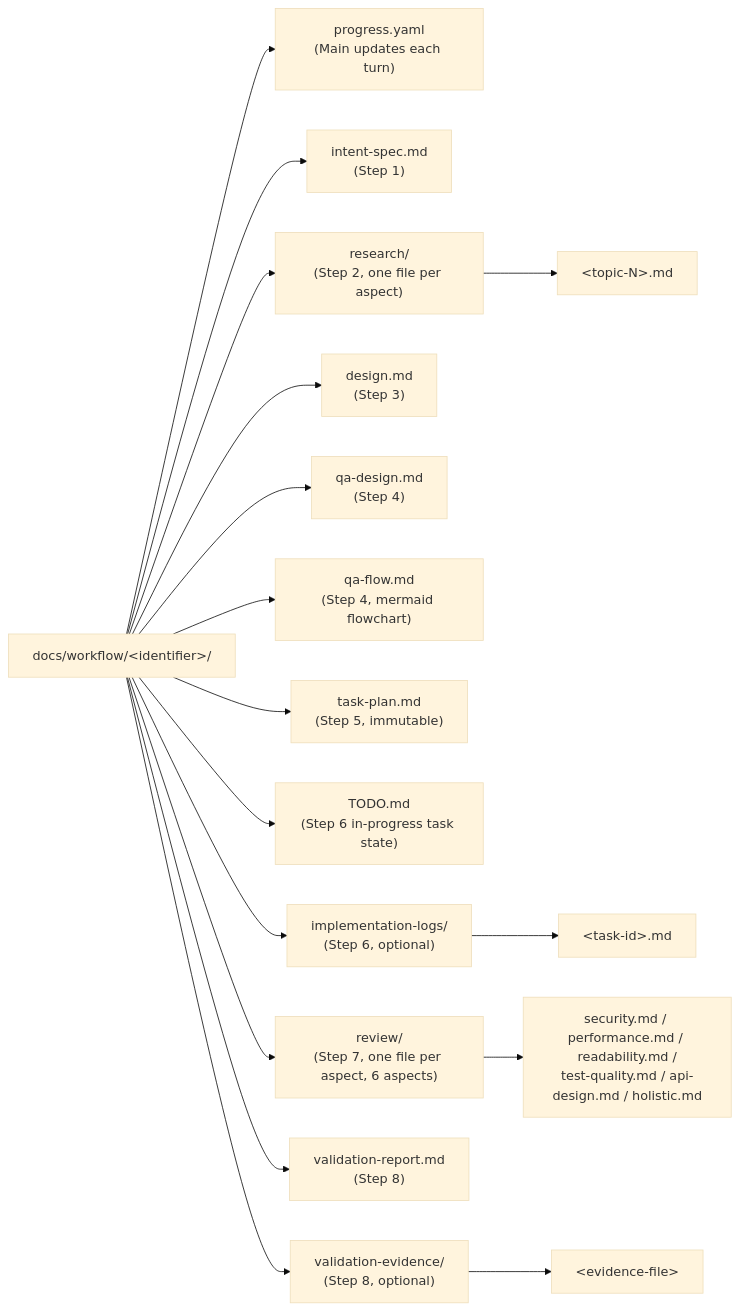
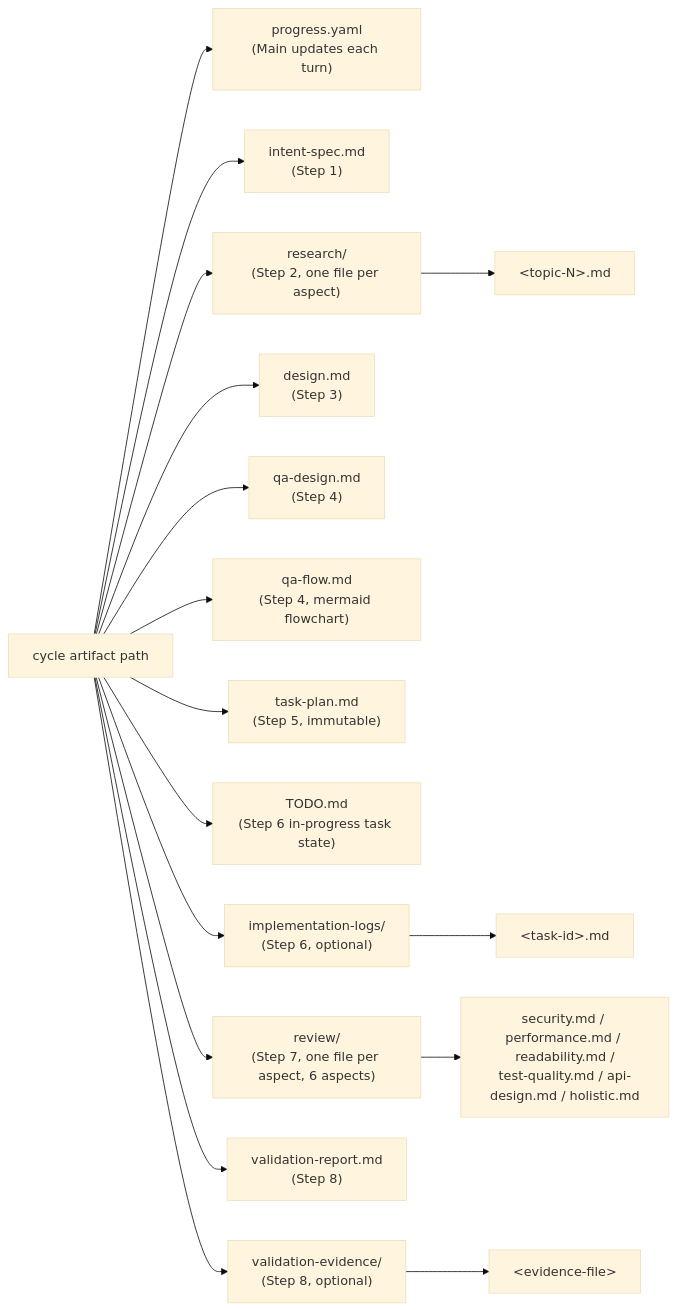
Before and after one commit to totto2727-org/monorepo: the first of 2 diagrams in plugins/totto2727-dev-flow/skills/share-artifacts/SKILL.md, drawn with Mermaid (base theme). The commit also changed other lines of this file and 3 other files, not shown here.

Commit message:
docs(dev-flow): remove retired workflow framing

````diff
--- a/plugins/totto2727-dev-flow/skills/share-artifacts/SKILL.md
+++ b/plugins/totto2727-dev-flow/skills/share-artifacts/SKILL.md
@@ -116,33 +116,33 @@
 ```mermaid
 graph LR
-    Root["docs/workflow/&lt;identifier&gt;/"]
+    Root["cycle artifact path"]
     PY["progress.yaml<br/>(Main updates each turn)"]
     IS["intent-spec.md<br/>(Step 1)"]
     RD["research/<br/>(Step 2, one file per aspect)"]
     RD1["&lt;topic-N&gt;.md"]
     DM["design.md<br/>(Step 3)"]
     QD["qa-design.md<br/>(Step 4)"]
     QF["qa-flow.md<br/>(Step 4, mermaid flowchart)"]
     TP["task-plan.md<br/>(Step 5, immutable)"]
     TD["TODO.md<br/>(Step 6 in-progress task state)"]
     IL["implementation-logs/<br/>(Step 6, optional)"]
     IL1["&lt;task-id&gt;.md"]
     RV["review/<br/>(Step 7, one file per aspect, 6 aspects)"]
     RV1["security.md / performance.md / readability.md /<br/>test-quality.md / api-design.md / holistic.md"]
     VR["validation-report.md<br/>(Step 8)"]
     VE["validation-evidence/<br/>(Step 8, optional)"]
     VE1["&lt;evidence-file&gt;"]
 
     Root --> PY
     Root --> IS
     Root --> RD --> RD1
     Root --> DM
     Root --> QD
     Root --> QF
     Root --> TP
     Root --> TD
     Root --> IL --> IL1
     Root --> RV --> RV1
     Root --> VR
     Root --> VE --> VE1
 ```
````
